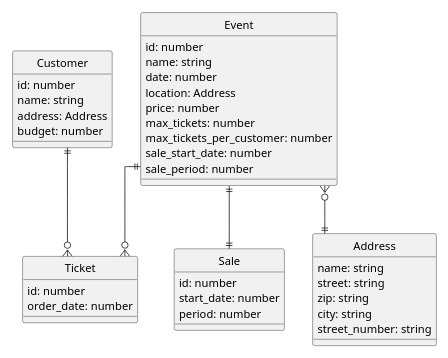
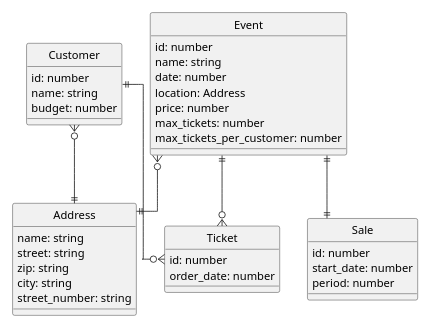
One commit to DHBW-VS-WI17B/assignment-abe1-b1 changed the diagram in docs/diagrams/er.puml. Above: the diagram before and after it, drawn with PlantUML.

Commit message:
docs: update er diagram

```diff
--- a/docs/diagrams/er.puml
+++ b/docs/diagrams/er.puml
@@ -1,47 +1,45 @@
 @startuml
 
 scale 0.7
 
 hide circle
 skinparam linetype ortho
 
 entity "Event" as event {
     id: number
     name: string
     date: number
     location: Address
     price: number
     max_tickets: number
     max_tickets_per_customer: number
-    sale_start_date: number
-    sale_period: number
 }   
 entity "Ticket" as ticket {
     id: number
     order_date: number
 }
 entity "Customer" as customer {
     id: number
     name: string
-    address: Address
     budget: number
 }
 entity "Sale" as sale {
     id: number
     start_date: number
     period: number
 }
 entity "Address" as address {
     name: string
     street: string
     zip: string
     city: string
     street_number: string
 }
 
 event ||--o{ ticket
 event }o--|| address
 event ||--|| sale
 customer ||--o{ ticket
+customer }o--|| address
 
 @enduml
```
